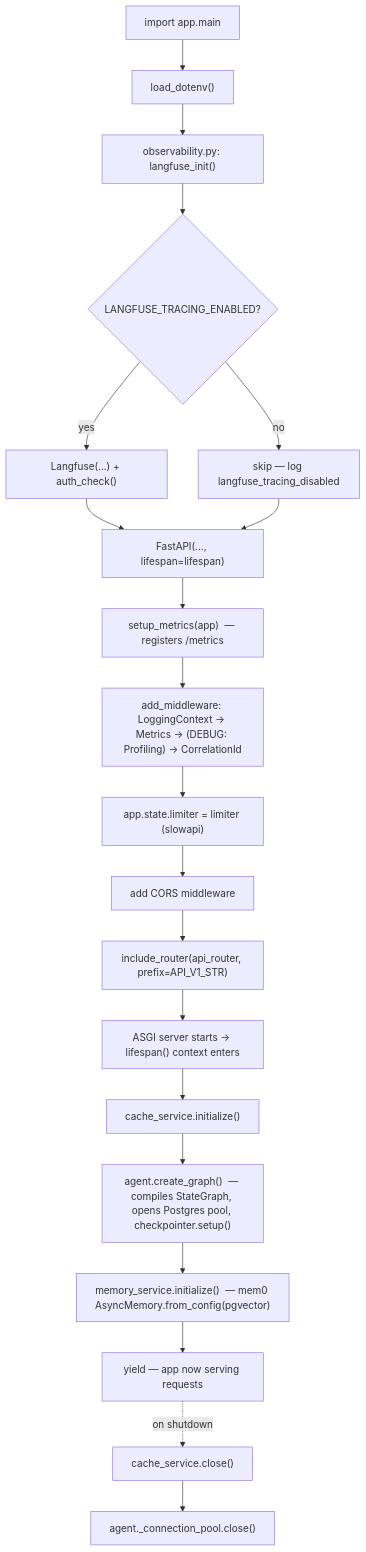
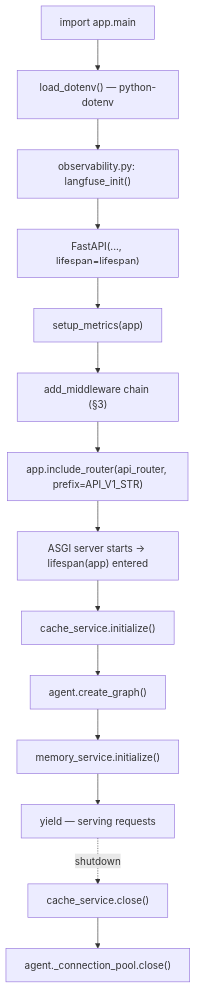
The second of 18 diagrams in dataflow.md (yashwilk/Craster_ChatBot), drawn with Mermaid before and after one commit. The commit also changed other lines of this file, not shown here.

````diff
--- a/dataflow.md
+++ b/dataflow.md
@@ -33,22 +80,16 @@
 ```mermaid
 flowchart TD
-    A["import app.main"] --> B["load_dotenv()"]
+    A["import app.main"] --> B["load_dotenv() — python-dotenv"]
     B --> C["observability.py: langfuse_init()"]
-    C --> D{"LANGFUSE_TRACING_ENABLED?"}
-    D -- "no" --> E["skip — log langfuse_tracing_disabled"]
-    D -- "yes" --> F["Langfuse(...) + auth_check()"]
-    F --> G["FastAPI(..., lifespan=lifespan)"]
-    E --> G
-    G --> H["setup_metrics(app)  — registers /metrics"]
-    H --> I["add_middleware: LoggingContext → Metrics → (DEBUG: Profiling) → CorrelationId"]
-    I --> J["app.state.limiter = limiter (slowapi)"]
-    J --> K["add CORS middleware"]
-    K --> L["include_router(api_router, prefix=API_V1_STR)"]
-    L --> M["ASGI server starts → lifespan() context enters"]
-    M --> N["cache_service.initialize()"]
-    N --> O["agent.create_graph()  — compiles StateGraph, opens Postgres pool, checkpointer.setup()"]
-    O --> P["memory_service.initialize()  — mem0 AsyncMemory.from_config(pgvector)"]
-    P --> Q["yield — app now serving requests"]
-    Q -.->|"on shutdown"| R["cache_service.close()"]
-    R --> S["agent._connection_pool.close()"]
+    C --> D["FastAPI(..., lifespan=lifespan)"]
+    D --> E["setup_metrics(app)"]
+    E --> F["add_middleware chain (§3)"]
+    F --> G["app.include_router(api_router, prefix=API_V1_STR)"]
+    G --> H["ASGI server starts → lifespan(app) entered"]
+    H --> I["cache_service.initialize()"]
+    I --> J["agent.create_graph()"]
+    J --> K["memory_service.initialize()"]
+    K --> L["yield — serving requests"]
+    L -.->|shutdown| M["cache_service.close()"]
+    M --> N["agent._connection_pool.close()"]
 ```
````
